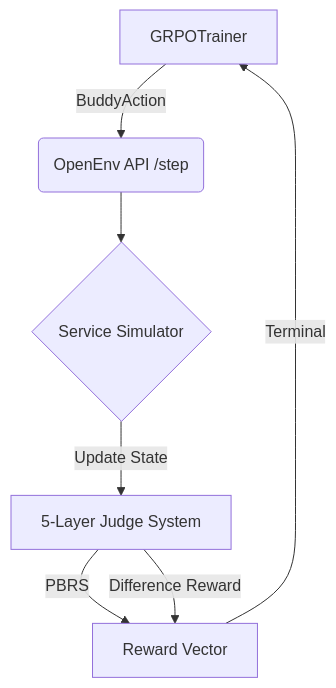
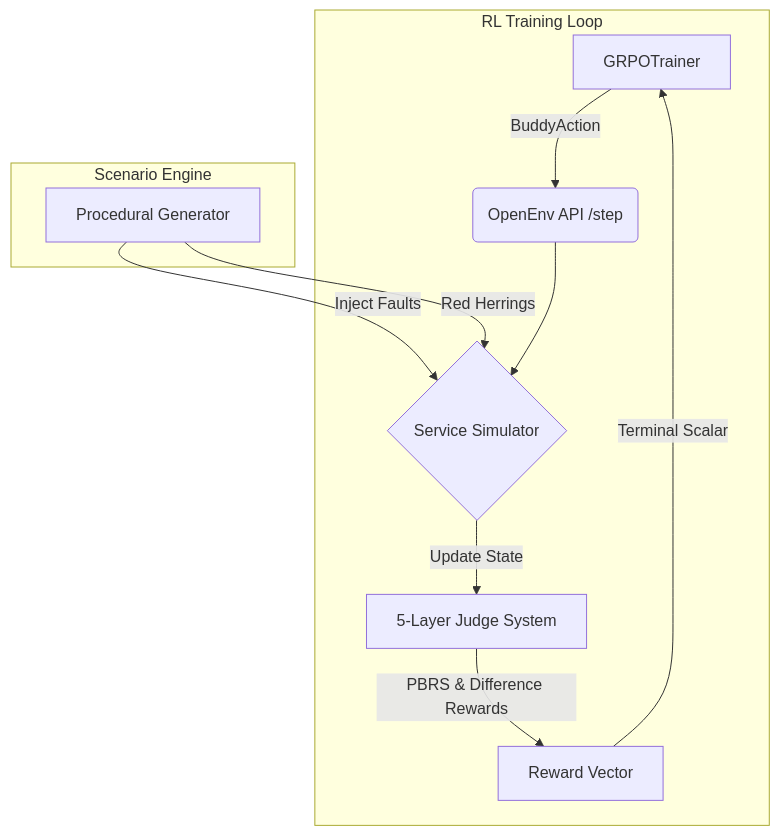
The diagram in README.md (Vk2245/CrisisOps-Multi-Agent-SRE-Training-via-OpenEnv), drawn with Mermaid before and after one commit. The commit also changed other lines of this file, not shown here.

````diff
--- a/README.md
+++ b/README.md
@@ -94,9 +134,15 @@
 ```mermaid
 graph TD;
-    A[GRPOTrainer] -->|BuddyAction| B(OpenEnv API /step);
-    B --> C{Service Simulator};
-    C -->|Update State| D[5-Layer Judge System];
-    D -->|PBRS| E[Reward Vector];
-    D -->|Difference Reward| E;
-    E -->|Terminal| A;
+    subgraph RL Training Loop
+        A[GRPOTrainer] -->|BuddyAction| B(OpenEnv API /step);
+        B --> C{Service Simulator};
+        C -->|Update State| D[5-Layer Judge System];
+        D -->|PBRS & Difference Rewards| E[Reward Vector];
+        E -->|Terminal Scalar| A;
+    end
+    
+    subgraph Scenario Engine
+        F[Procedural Generator] -->|Inject Faults| C;
+        F -->|Red Herrings| C;
+    end
 ```
````
